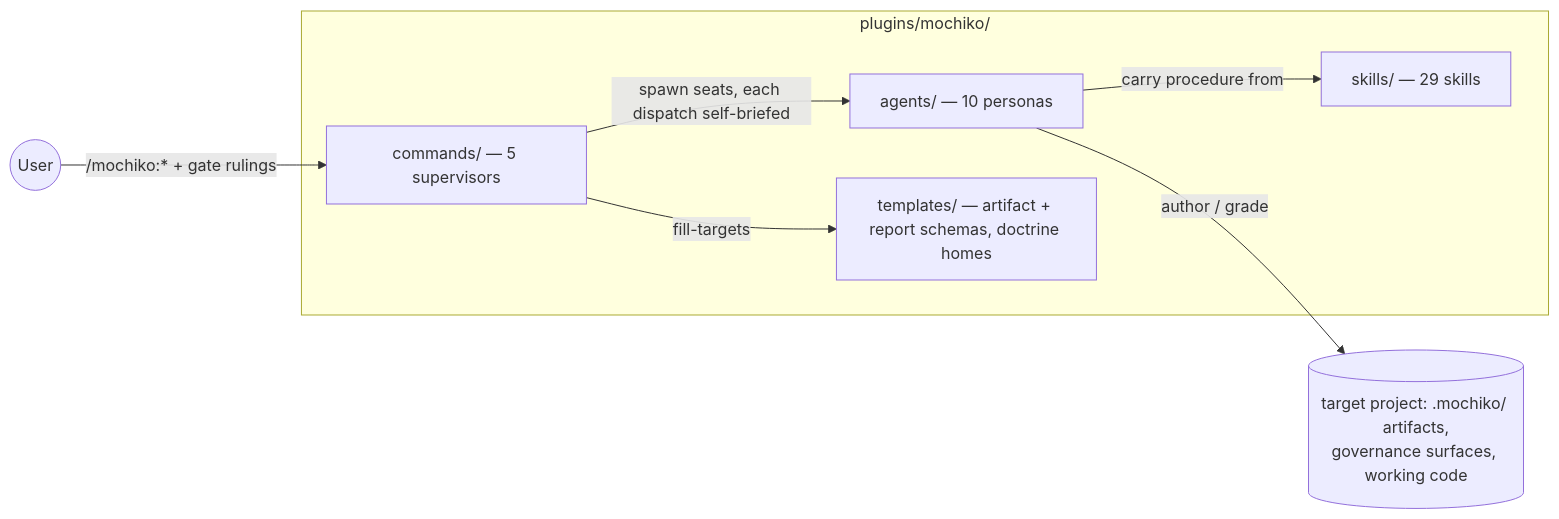
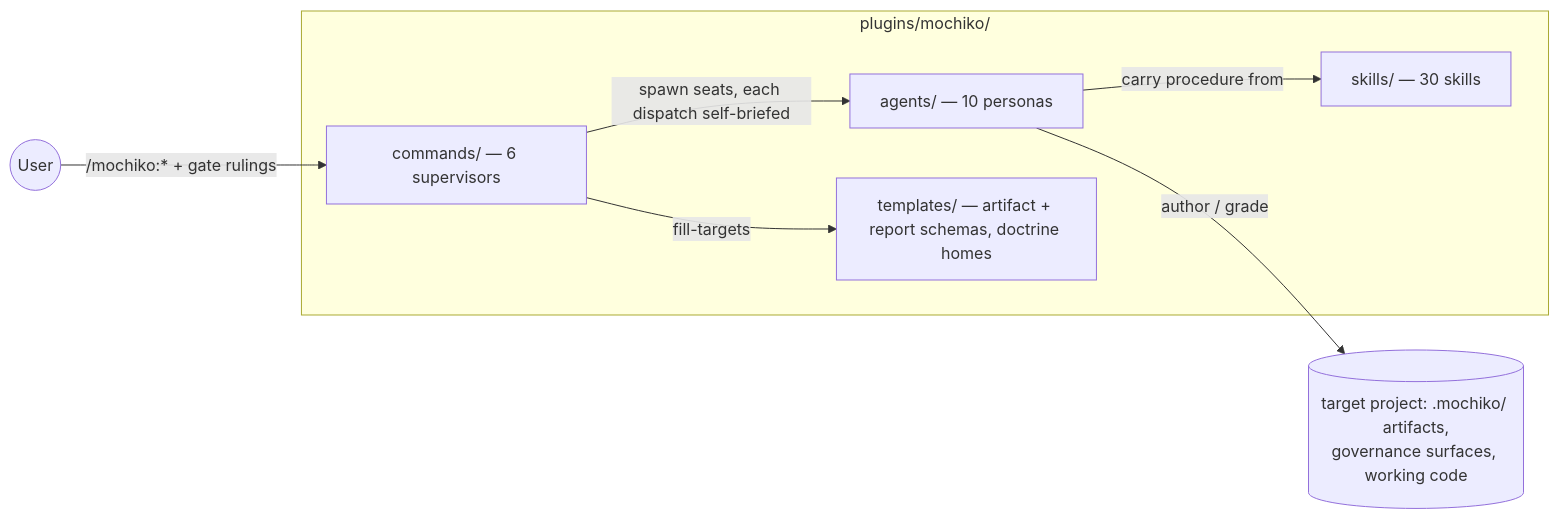
The first of 7 diagrams in ARCHITECTURE.md (humaninloop-dev/mochiko), drawn with Mermaid before and after one commit. The commit also changed other lines of this file and 30 other files, not shown here.

First line of the commit message:
Capability map rebuild and desk charter

````diff
--- a/ARCHITECTURE.md
+++ b/ARCHITECTURE.md
@@ -19,15 +19,15 @@
 ```mermaid
 flowchart LR
   user(("User"))
   user -->|"/mochiko:* + gate rulings"| commands
   subgraph plugin ["plugins/mochiko/"]
-    commands["commands/ — 5 supervisors"]
+    commands["commands/ — 6 supervisors"]
     agents["agents/ — 10 personas"]
-    skills["skills/ — 29 skills"]
+    skills["skills/ — 30 skills"]
     templates["templates/ — artifact + report schemas, doctrine homes"]
     commands -->|"spawn seats, each dispatch self-briefed"| agents
     agents -->|"carry procedure from"| skills
     commands -->|"fill-targets"| templates
   end
   agents -->|"author / grade"| target[("target project: .mochiko/ artifacts,<br/>governance surfaces, working code")]
 ```
````
